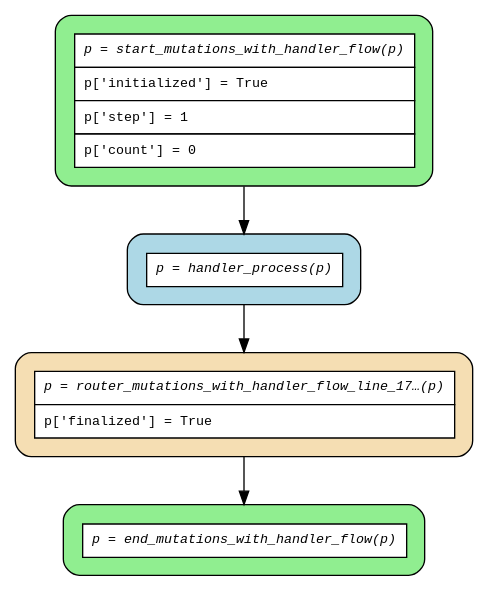
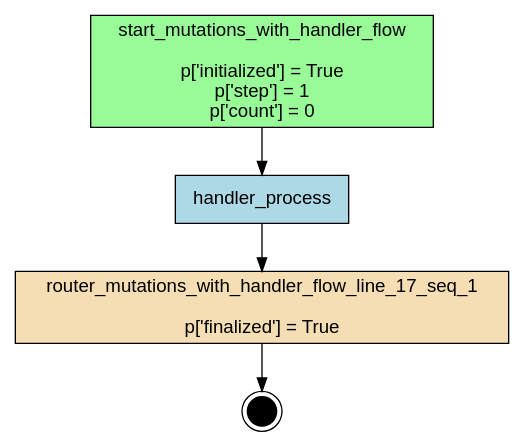
One commit to deliveryhero/asya changed the diagram in examples/flows/compiled/mutations_with_handler/flow.dot. Above: the diagram before and after it, drawn with Graphviz. The commit also changed 413 other files, not shown here.

First line of the commit message:
refactor(compiler): Phase 1 — replace ir/grouper/dotgen with analyzer/graphgen (#337)

```diff
--- a/examples/flows/compiled/mutations_with_handler/flow.dot
+++ b/examples/flows/compiled/mutations_with_handler/flow.dot
@@ -1,15 +1,16 @@
-digraph flow {
-  rankdir=TB;
-  graph [fontname="Courier", fontsize=10];
-  node [fontname="Courier", fontsize=10, shape=box, style="filled,rounded", margin="0.2"];
-  edge [fontname="Courier", fontsize=10];
+digraph "mutations_with_handler_flow" {
+    rankdir=TB;
+    node [shape=box, style=filled, fontname="Helvetica"];
 
-  start_mutations_with_handler_flow [fillcolor="lightgreen", group="main", label=<<table border="0" cellspacing="0" cellpadding="6" cellborder="1"><tr><td bgcolor="white" align="center"><i>p = start_mutations_with_handler_flow(p)</i></td></tr><tr><td bgcolor="white" align="left">p['initialized'] = True</td></tr><tr><td bgcolor="white" align="left">p['step'] = 1</td></tr><tr><td bgcolor="white" align="left">p['count'] = 0</td></tr></table>>];
-  router_mutations_with_handler_flow_line_17_seq [fillcolor="wheat", group="main", label=<<table border="0" cellspacing="0" cellpadding="6" cellborder="1"><tr><td bgcolor="white" align="center"><i>p = router_mutations_with_handler_flow_line_17…(p)</i></td></tr><tr><td bgcolor="white" align="left">p['finalized'] = True</td></tr></table>>];
-  end_mutations_with_handler_flow [fillcolor="lightgreen", group="main", label=<<table border="0" cellspacing="0" cellpadding="6" cellborder="1"><tr><td bgcolor="white" align="center"><i>p = end_mutations_with_handler_flow(p)</i></td></tr></table>>];
-  handler_process [fillcolor="lightblue", label=<<table border="0" cellspacing="0" cellpadding="6" cellborder="1"><tr><td bgcolor="white" align="center"><i>p = handler_process(p)</i></td></tr></table>>];
+    { rank=source; start_mutations_with_handler_flow; }
 
-  handler_process -> router_mutations_with_handler_flow_line_17_seq;
-  router_mutations_with_handler_flow_line_17_seq -> end_mutations_with_handler_flow;
-  start_mutations_with_handler_flow -> handler_process;
+    handler_process [label="handler_process", fillcolor=lightblue];
+    router_mutations_with_handler_flow_line_17_seq_1 [label="router_mutations_with_handler_flow_line_17_seq_1\n\np['finalized'] = True", fillcolor=wheat];
+    start_mutations_with_handler_flow [label="start_mutations_with_handler_flow\n\np['initialized'] = True\np['step'] = 1\np['count'] = 0", fillcolor=palegreen];
+
+    __end__ [label="", shape=doublecircle, fillcolor=black, width=0.3, fixedsize=true];
+
+    start_mutations_with_handler_flow -> handler_process;
+    handler_process -> router_mutations_with_handler_flow_line_17_seq_1;
+    router_mutations_with_handler_flow_line_17_seq_1 -> __end__;
 }
```
